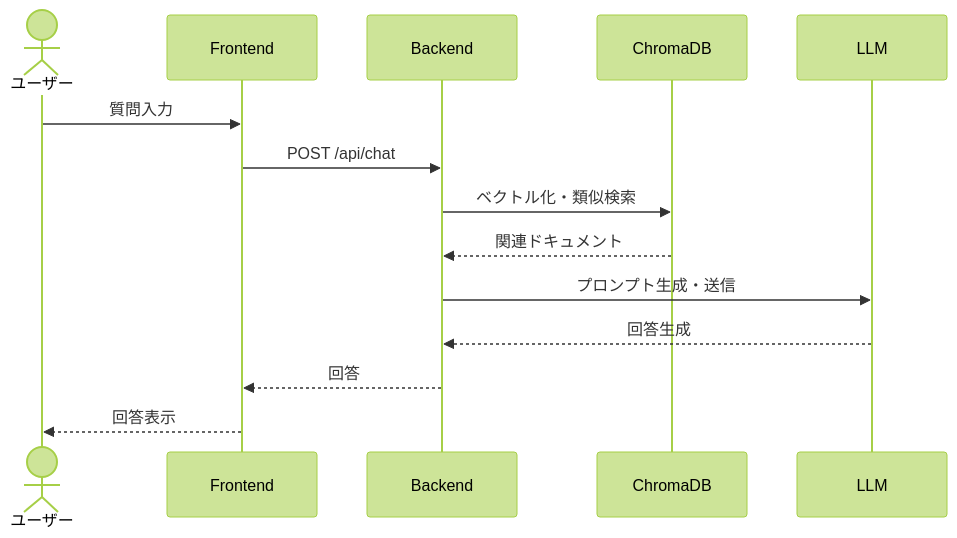
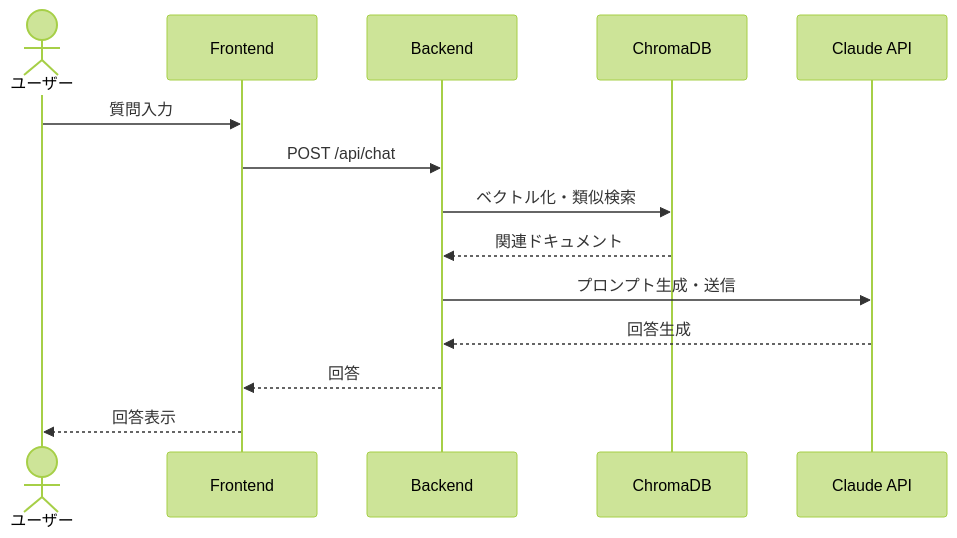
One commit to redmine54/ai_chat changed the first of 5 diagrams in docs/design/sequence_diagrams.md. Above: the diagram before and after it, drawn with Mermaid (forest theme). The commit also changed other lines of this file and 12 other files, not shown here.

````diff
--- a/docs/design/sequence_diagrams.md
+++ b/docs/design/sequence_diagrams.md
@@ -8,17 +8,17 @@
 ```mermaid
 sequenceDiagram
     actor User as ユーザー
     participant FE as Frontend
     participant BE as Backend
     participant DB as ChromaDB
-    participant LLM as LLM
+    participant LLM as Claude API
 
     User->>FE: 質問入力
     FE->>BE: POST /api/chat
     BE->>DB: ベクトル化・類似検索
     DB-->>BE: 関連ドキュメント
     BE->>LLM: プロンプト生成・送信
     LLM-->>BE: 回答生成
     BE-->>FE: 回答
     FE-->>User: 回答表示
 ```
````
